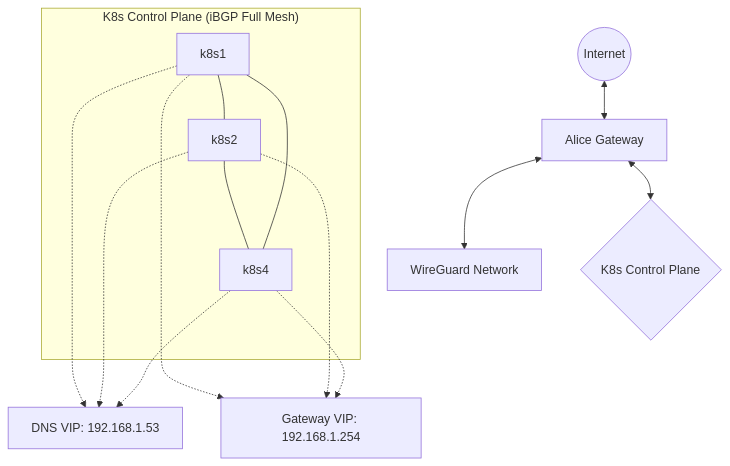
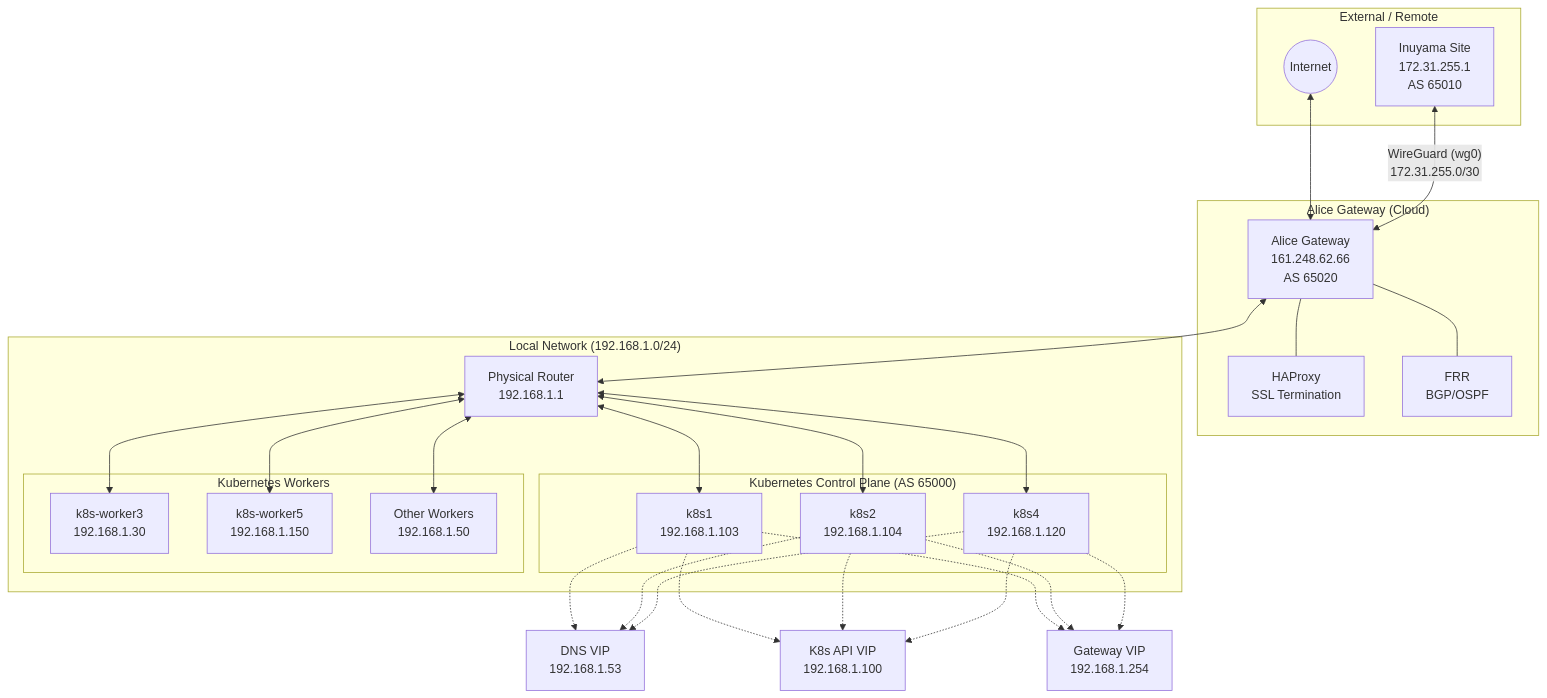
The first of 2 diagrams in docs/network.md (kigawa-net/infra), drawn with Mermaid before and after one commit. The commit also changed other lines of this file, not shown here.

Commit message:
docs: ネットワーク構成図をMermaidで追加し、IPアドレス設計を更新

````diff
--- a/docs/network.md
+++ b/docs/network.md
@@ -82,20 +70,55 @@
 ```mermaid
-graph TD
-    Internet((Internet)) <--> Alice[Alice Gateway]
-    Alice <--> WG[WireGuard Network]
-    Alice <--> K8sCP{K8s Control Plane}
-    
-    subgraph "K8s Control Plane (iBGP Full Mesh)"
-        k8s1[k8s1] --- k8s2[k8s2]
-        k8s2 --- k8s4[k8s4]
-        k8s4 --- k8s1
+graph TB
+    subgraph "External / Remote"
+        Inuyama[Inuyama Site<br/>172.31.255.1<br/>AS 65010]
+        Internet((Internet))
     end
-    
-    k8s1 -.-> DNS[DNS VIP: 192.168.1.53]
-    k8s2 -.-> DNS
-    k8s4 -.-> DNS
-    
-    k8s1 -.-> GW[Gateway VIP: 192.168.1.254]
-    k8s2 -.-> GW
-    k8s4 -.-> GW
+
+    subgraph "Alice Gateway (Cloud)"
+        Alice[Alice Gateway<br/>161.248.62.66<br/>AS 65020]
+        HAProxy[HAProxy<br/>SSL Termination]
+        FRR[FRR<br/>BGP/OSPF]
+        Alice --- HAProxy
+        Alice --- FRR
+    end
+
+    subgraph "Local Network (192.168.1.0/24)"
+        subgraph "Kubernetes Control Plane (AS 65000)"
+            k8s1[k8s1<br/>192.168.1.103]
+            k8s2[k8s2<br/>192.168.1.104]
+            k8s4[k8s4<br/>192.168.1.120]
+        end
+
+        subgraph "Kubernetes Workers"
+            worker3[k8s-worker3<br/>192.168.1.30]
+            worker5[k8s-worker5<br/>192.168.1.150]
+            worker_other[Other Workers<br/>192.168.1.50]
+        end
+
+        Router[Physical Router<br/>192.168.1.1]
+    end
+
+    %% Connections
+    Internet <--> Alice
+    Inuyama <-- "WireGuard (wg0)<br/>172.31.255.0/30" --> Alice
+    Alice <--> Router
+    Router <--> k8s1
+    Router <--> k8s2
+    Router <--> k8s4
+    Router <--> worker3
+    Router <--> worker5
+    Router <--> worker_other
+
+    %% VIPs
+    k8s1 -.-> VIP_DNS[DNS VIP<br/>192.168.1.53]
+    k8s2 -.-> VIP_DNS
+    k8s4 -.-> VIP_DNS
+
+    k8s1 -.-> VIP_K8S[K8s API VIP<br/>192.168.1.100]
+    k8s2 -.-> VIP_K8S
+    k8s4 -.-> VIP_K8S
+
+    k8s1 -.-> VIP_GW[Gateway VIP<br/>192.168.1.254]
+    k8s2 -.-> VIP_GW
+    k8s4 -.-> VIP_GW
 ```
````
